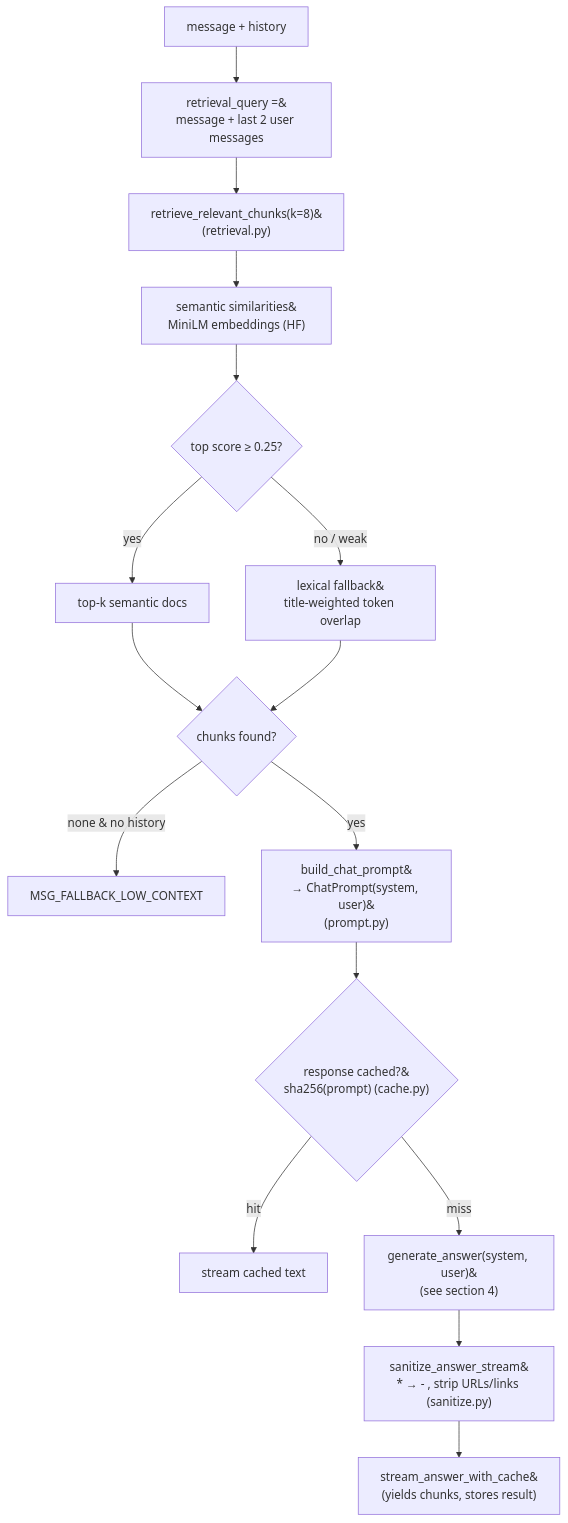
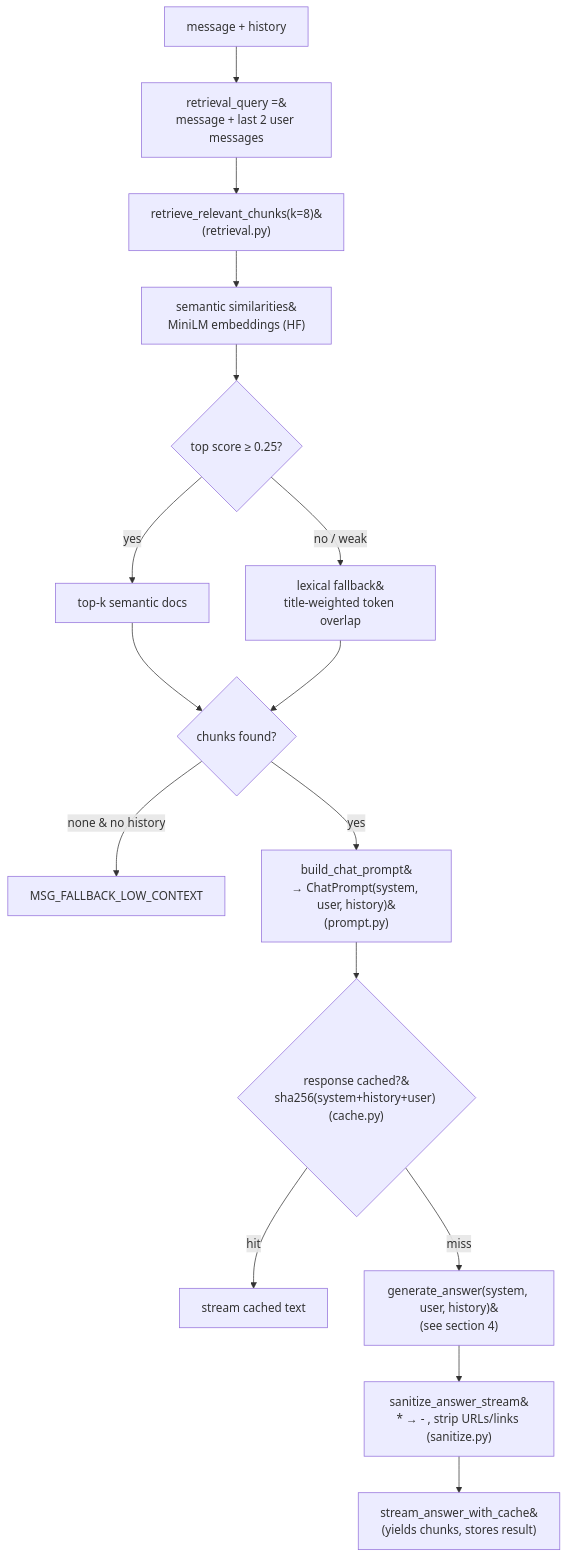
The third of 4 diagrams in backend/docs/chatbot-flow.md (radcrew/radcrew-unveiled), drawn with Mermaid before and after one commit. The commit also changed other lines of this file and 7 other files, not shown here.

````diff
--- a/backend/docs/chatbot-flow.md
+++ b/backend/docs/chatbot-flow.md
@@ -53,21 +53,21 @@
 ```mermaid
 flowchart TD
     IN["message + history"] --> Q["retrieval_query =&#10;message + last 2 user messages"]
     Q --> RET["retrieve_relevant_chunks(k=8)&#10;(retrieval.py)"]
 
     RET --> SEM["semantic similarities&#10;MiniLM embeddings (HF)"]
     SEM --> THR{"top score ≥ 0.25?"}
     THR -->|yes| TOPK["top-k semantic docs"]
     THR -->|"no / weak"| LEX["lexical fallback&#10;title-weighted token overlap"]
 
     TOPK --> CHK{"chunks found?"}
     LEX --> CHK
     CHK -->|"none & no history"| LOWCTX["MSG_FALLBACK_LOW_CONTEXT"]
-    CHK -->|yes| PROMPT["build_chat_prompt&#10;→ ChatPrompt(system, user)&#10;(prompt.py)"]
+    CHK -->|yes| PROMPT["build_chat_prompt&#10;→ ChatPrompt(system, user, history)&#10;(prompt.py)"]
 
-    PROMPT --> CACHE{"response cached?&#10;sha256(prompt) (cache.py)"}
+    PROMPT --> CACHE{"response cached?&#10;sha256(system+history+user) (cache.py)"}
     CACHE -->|hit| CACHED["stream cached text"]
-    CACHE -->|miss| GEN["generate_answer(system, user)&#10;(see section 4)"]
+    CACHE -->|miss| GEN["generate_answer(system, user, history)&#10;(see section 4)"]
     GEN --> SAN["sanitize_answer_stream&#10;* → - , strip URLs/links (sanitize.py)"]
     SAN --> CACHEW["stream_answer_with_cache&#10;(yields chunks, stores result)"]
 ```
````
